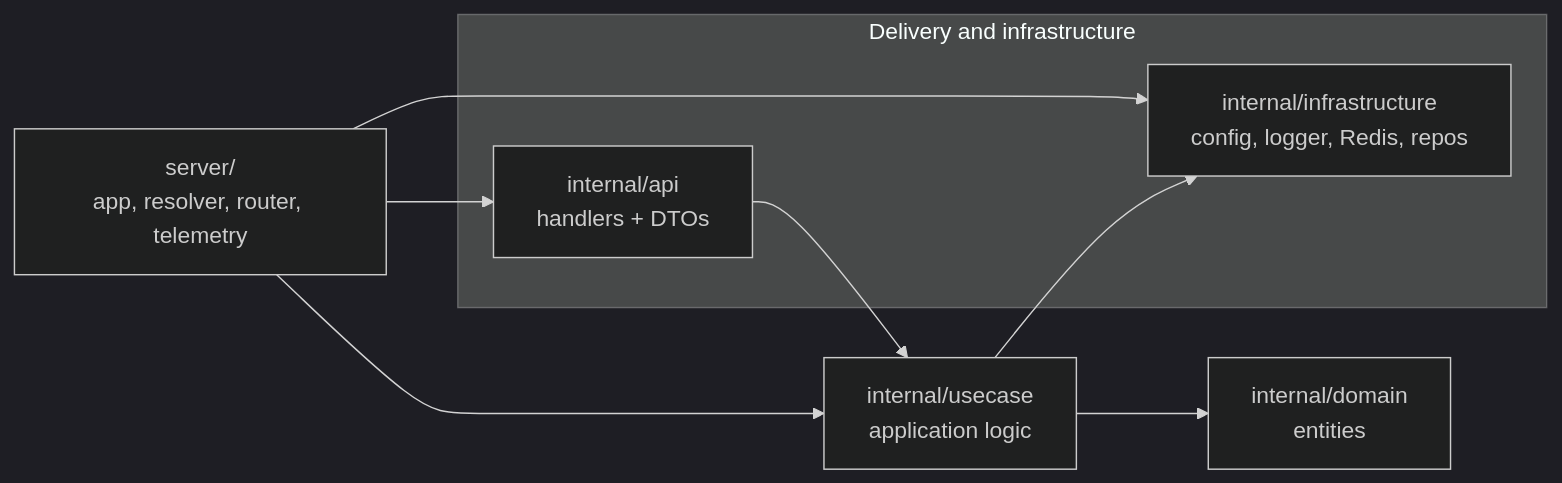
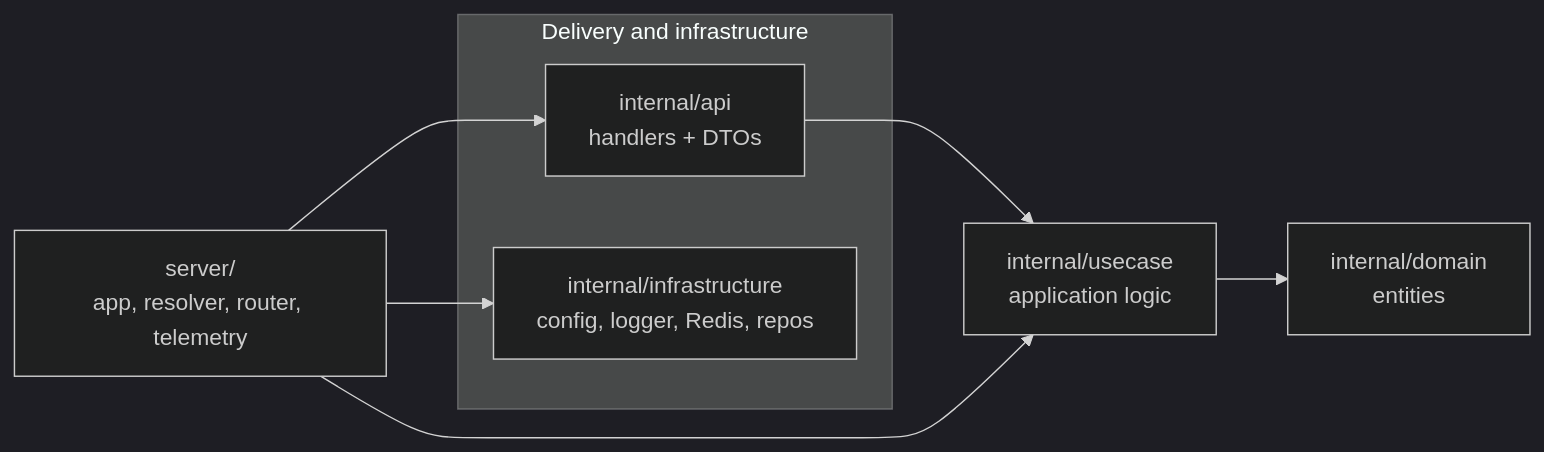
One commit to olx-india/go-service-template-clean-architecture changed the first of 2 diagrams in docs/architecture.md. Above: the diagram before and after it, drawn with Mermaid (dark theme). The commit also changed other lines of this file and 22 other files, not shown here.

````diff
--- a/docs/architecture.md
+++ b/docs/architecture.md
@@ -7,17 +7,16 @@
 ```mermaid
 flowchart LR
     subgraph outer[Delivery and infrastructure]
         api[internal/api<br/>handlers + DTOs]
         infra[internal/infrastructure<br/>config, logger, Redis, repos]
     end
     usecase[internal/usecase<br/>application logic]
     domain[internal/domain<br/>entities]
     server[server/<br/>app, resolver, router, telemetry]
 
     api --> usecase
     usecase --> domain
-    usecase --> infra
     server --> api
     server --> usecase
     server --> infra
 ```
````
